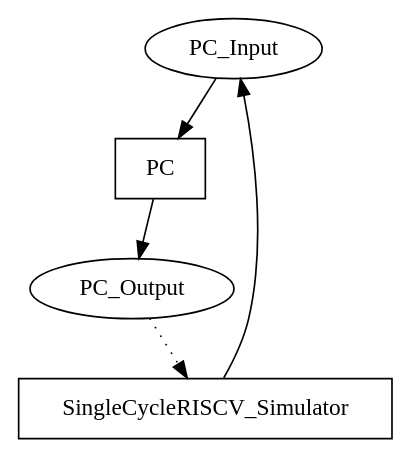
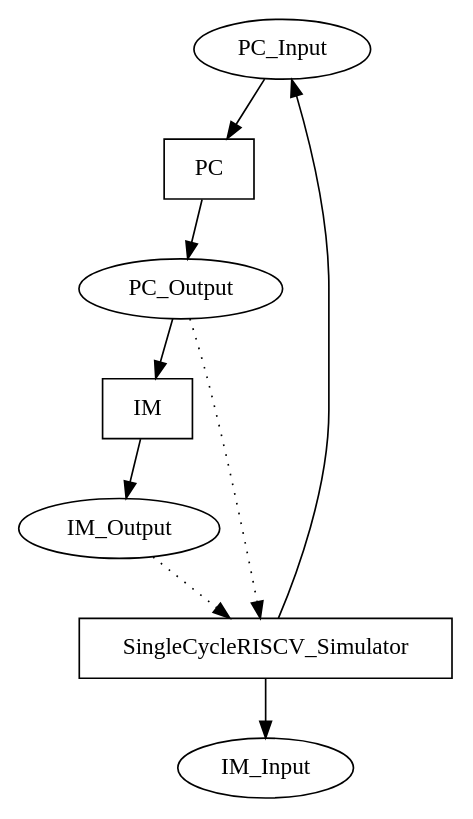
One commit to DanielRamyar/Master_Thesis changed the diagram in SME_Implementations/SingleCycleRISCV/output/network.dot. Above: the diagram before and after it, drawn with Graphviz. The commit also changed 19 other files, not shown here.

```diff
--- a/SME_Implementations/SingleCycleRISCV/output/network.dot
+++ b/SME_Implementations/SingleCycleRISCV/output/network.dot
@@ -1,10 +1,17 @@
 digraph SingleCycleRISCV {
 "PC_Input" [shape=oval];
 "PC_Output" [shape=oval];
+"IM_Input" [shape=oval];
+"IM_Output" [shape=oval];
 "PC" [shape=box];
+"IM" [shape=box];
 "SingleCycleRISCV_Simulator" [shape=box];
 "PC_Input" -> "PC";
+"PC_Output" -> "IM";
 "SingleCycleRISCV_Simulator" -> "PC_Input";
+"SingleCycleRISCV_Simulator" -> "IM_Input";
 "PC" -> "PC_Output";
+"IM" -> "IM_Output";
 "PC_Output" -> "SingleCycleRISCV_Simulator" [style=dotted];
+"IM_Output" -> "SingleCycleRISCV_Simulator" [style=dotted];
 }
```
